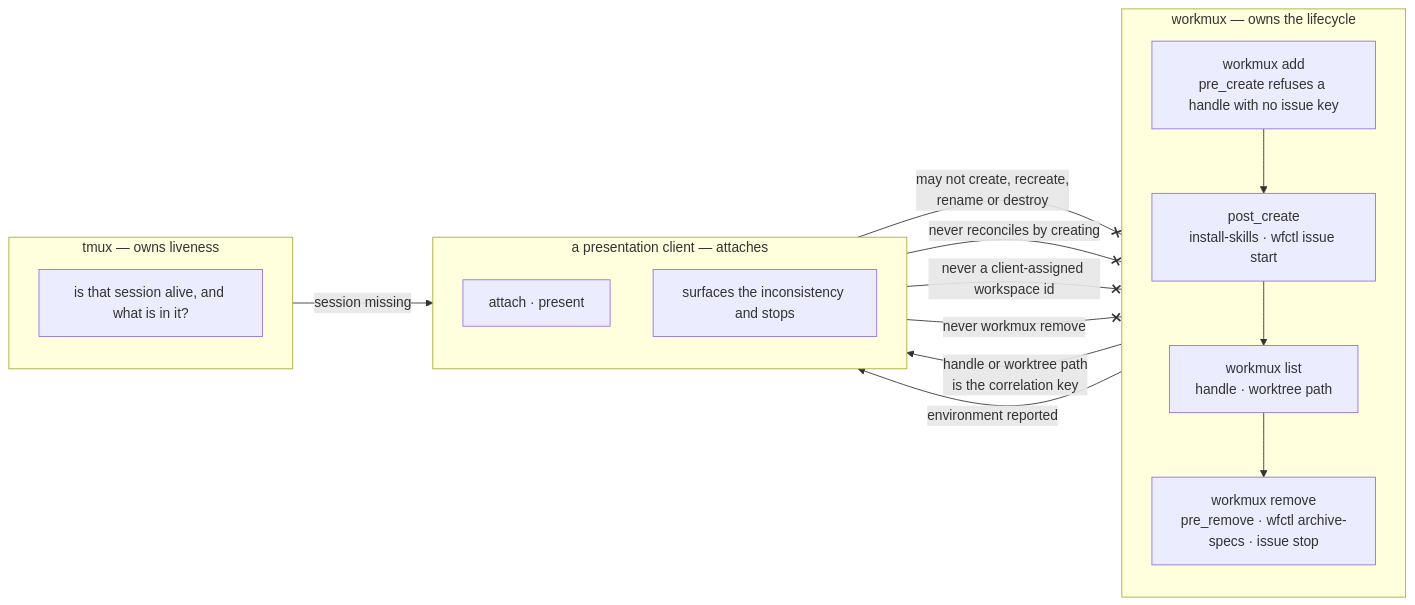
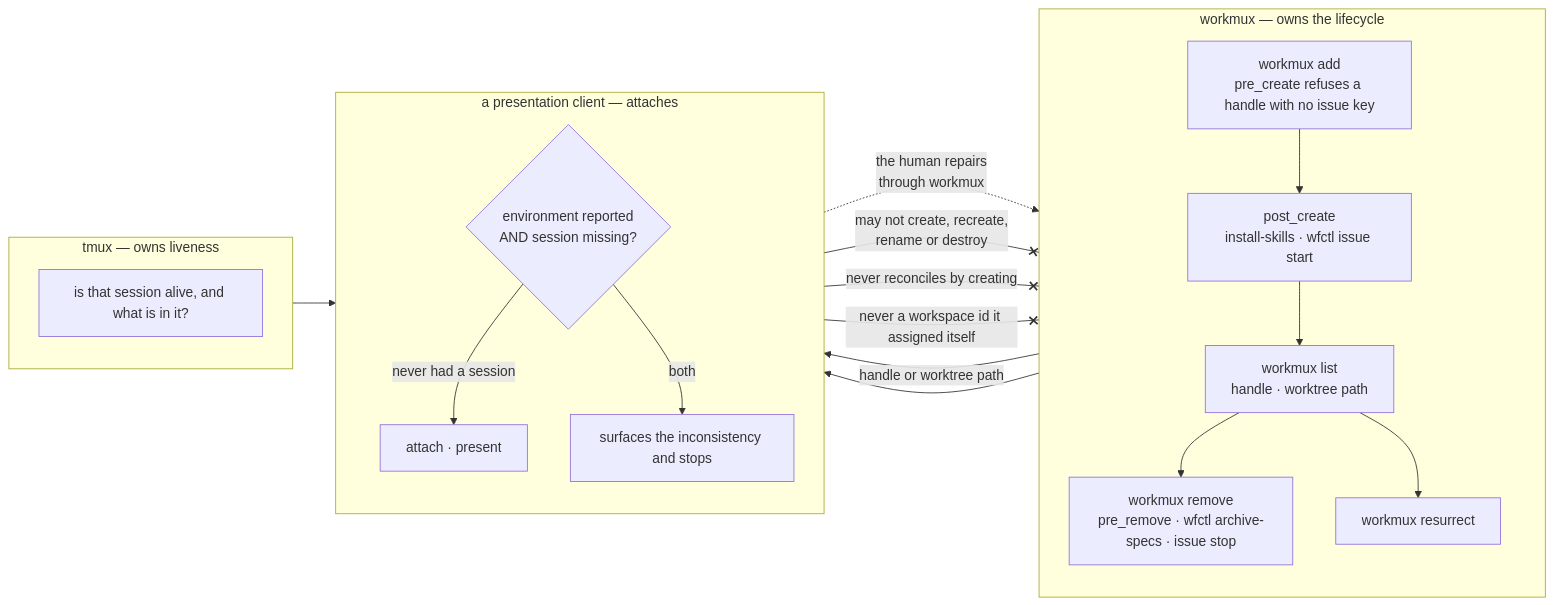
The diagram in docs/architecture/a-client-attaches-to-a-runtime-it-never-owns.md (aamarin/wfctl), drawn with Mermaid before and after one commit. The commit also changed other lines of this file, not shown here.

````diff
--- a/docs/architecture/a-client-attaches-to-a-runtime-it-never-owns.md
+++ b/docs/architecture/a-client-attaches-to-a-runtime-it-never-owns.md
@@ -100,27 +128,32 @@
 ```mermaid
 flowchart LR
     subgraph workmux["workmux — owns the lifecycle"]
         direction TB
         C["workmux add<br>pre_create refuses a handle with no issue key"]
         P["post_create<br>install-skills · wfctl issue start"]
         L["workmux list<br>handle · worktree path"]
         R["workmux remove<br>pre_remove · wfctl archive-specs · issue stop"]
+        V["workmux resurrect"]
         C --> P --> L --> R
+        L --> V
     end
     subgraph tmux["tmux — owns liveness"]
         direction TB
         S["is that session alive, and what is in it?"]
     end
     subgraph client["a presentation client — attaches"]
         direction TB
         A["attach · present"]
+        G{"environment reported<br>AND session missing?"}
         I["surfaces the inconsistency and stops"]
     end
-    L -->|"handle or worktree path<br>is the correlation key"| A
-    S -->|"session missing"| I
-    L -->|"environment reported"| I
+    L -->|"handle or worktree path"| A
+    L --> G
+    S --> G
+    G -->|"both"| I
+    G -->|"never had a session"| A
+    I -.->|"the human repairs<br>through workmux"| V
     A --x|"may not create, recreate,<br>rename or destroy"| C
     I --x|"never reconciles by creating"| C
-    A --x|"never a client-assigned workspace id"| L
-    A --x|"never workmux remove"| R
+    A --x|"never a workspace id it assigned itself"| L
 ```
````
